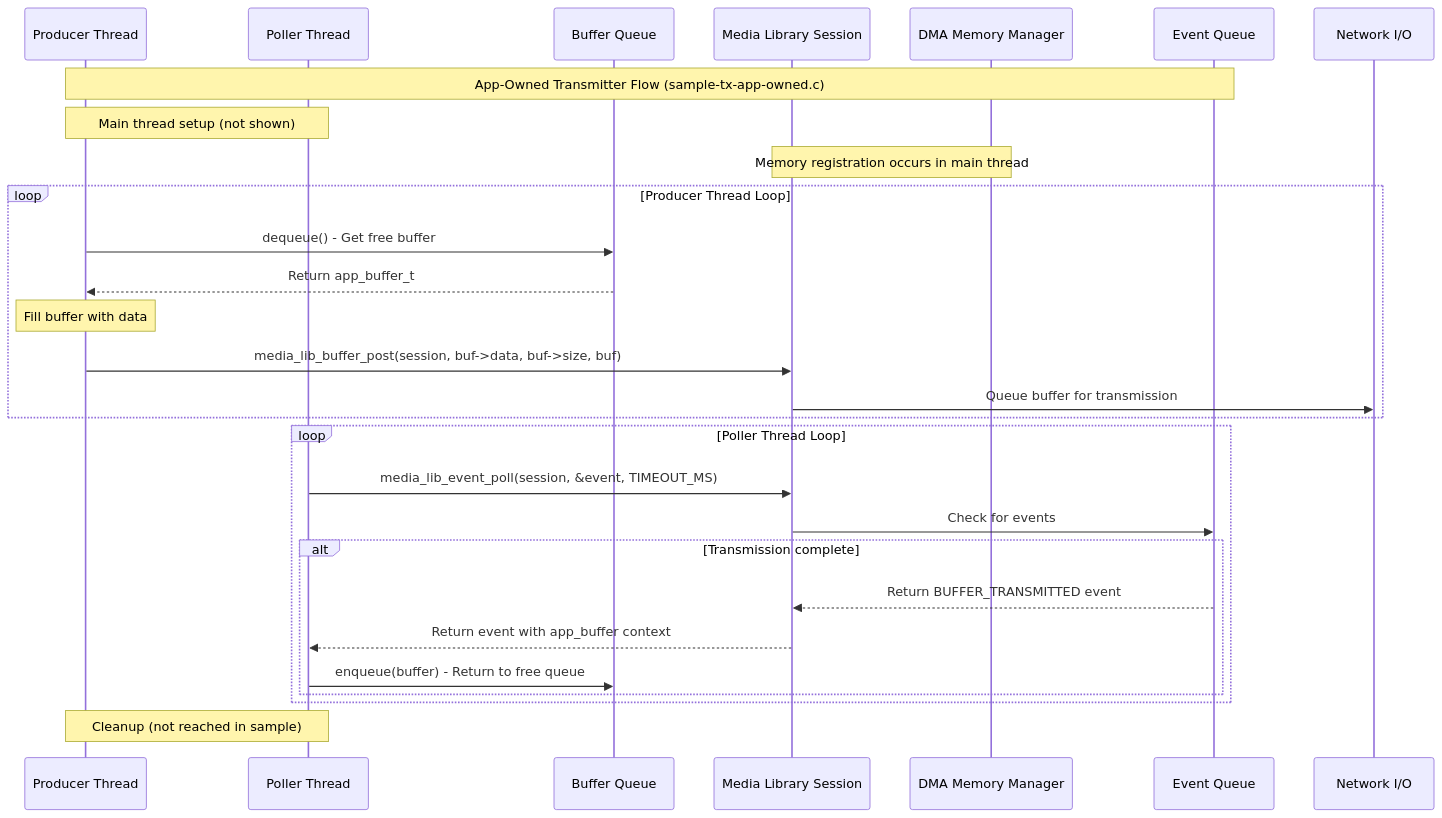
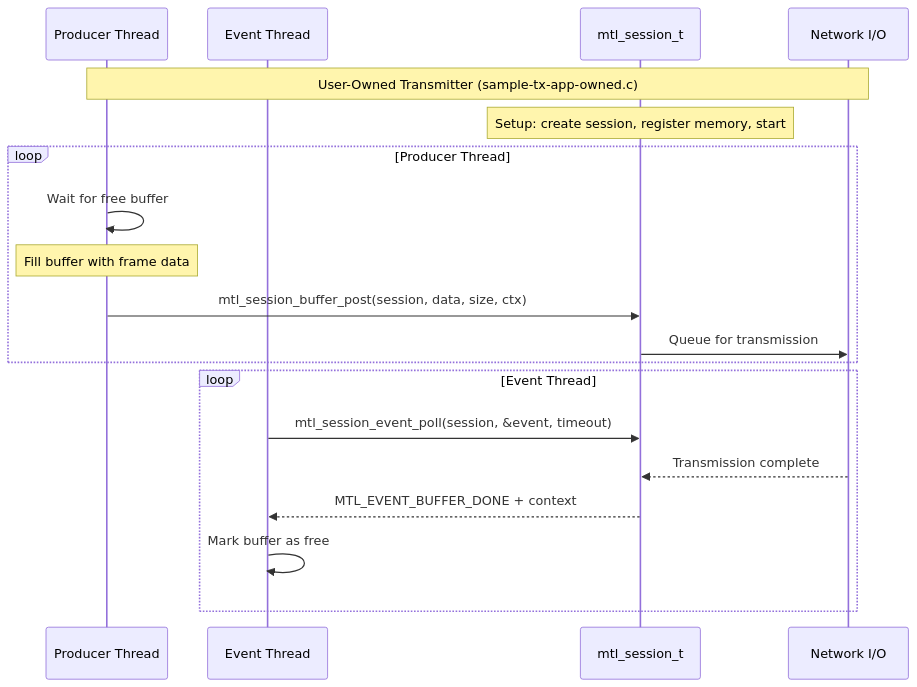
The fourth of 8 diagrams in doc/new_API/samples/diagrams.md (OpenVisualCloud/Media-Transport-Library), drawn with Mermaid before and after one commit. The commit also changed other lines of this file and 13 other files, not shown here.

````diff
--- a/doc/new_API/samples/diagrams.md
+++ b/doc/new_API/samples/diagrams.md
@@ -124,37 +114,25 @@
 ```mermaid
 sequenceDiagram
-    participant ProducerThread as Producer Thread
-    participant PollerThread as Poller Thread
-    participant BufferQueue as Buffer Queue
-    participant Session as Media Library Session
-    participant DMA as DMA Memory Manager
-    participant Events as Event Queue
+    participant Producer as Producer Thread
+    participant EventHandler as Event Thread
+    participant Session as mtl_session_t
     participant Network as Network I/O
     
-    Note over ProducerThread,Events: App-Owned Transmitter Flow (sample-tx-app-owned.c)
+    Note over Producer,Network: User-Owned Transmitter (sample-tx-app-owned.c)
     
-    Note over ProducerThread,PollerThread: Main thread setup (not shown)
+    Note over Session: Setup: create session, register memory, start
     
-    Note over Session,DMA: Memory registration occurs in main thread
-    
-    loop Producer Thread Loop
-        ProducerThread->>BufferQueue: dequeue() - Get free buffer
-        BufferQueue-->>ProducerThread: Return app_buffer_t
-        Note over ProducerThread: Fill buffer with data
-        ProducerThread->>Session: media_lib_buffer_post(session, buf->data, buf->size, buf)
-        Session->>Network: Queue buffer for transmission
+    loop Producer Thread
+        Producer->>Producer: Wait for free buffer
+        Note over Producer: Fill buffer with frame data
+        Producer->>Session: mtl_session_buffer_post(session, data, size, ctx)
+        Session->>Network: Queue for transmission
     end
     
-    loop Poller Thread Loop
-        PollerThread->>Session: media_lib_event_poll(session, &event, TIMEOUT_MS)
-        Session->>Events: Check for events
-        alt Transmission complete
-            Events-->>Session: Return BUFFER_TRANSMITTED event
-            Session-->>PollerThread: Return event with app_buffer context
-            PollerThread->>BufferQueue: enqueue(buffer) - Return to free queue
-        end
+    loop Event Thread  
+        EventHandler->>Session: mtl_session_event_poll(session, &event, timeout)
+        Network-->>Session: Transmission complete
+        Session-->>EventHandler: MTL_EVENT_BUFFER_DONE + context
+        EventHandler->>EventHandler: Mark buffer as free
     end
-    
-    Note over ProducerThread,PollerThread: Cleanup (not reached in sample)
-
 ```
````
